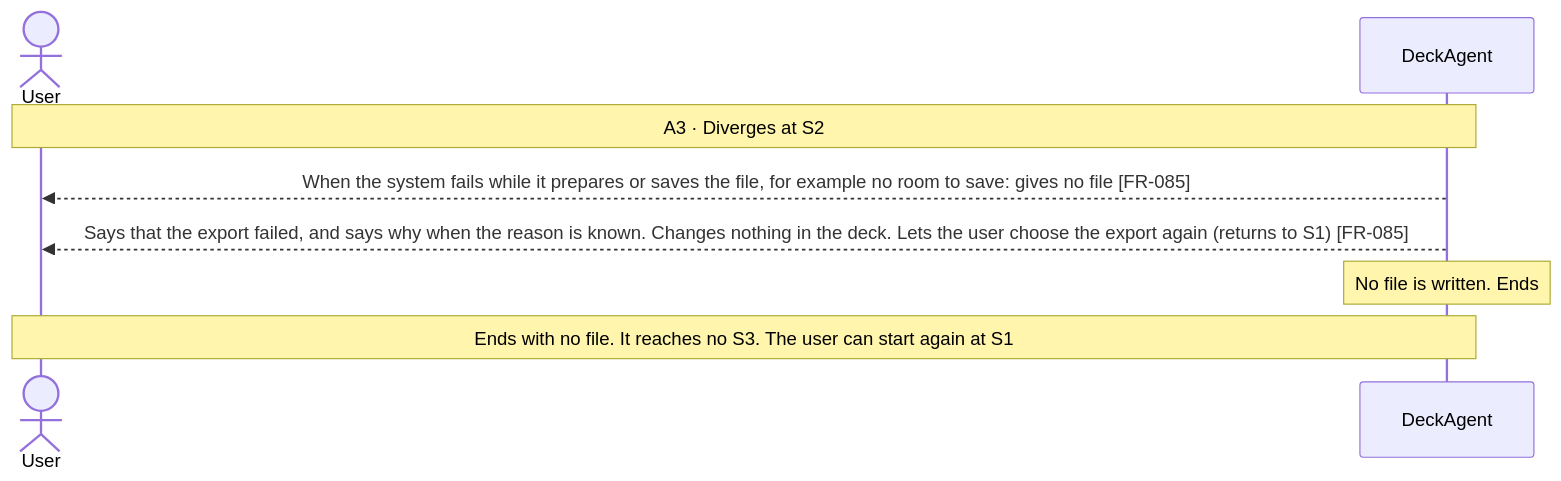
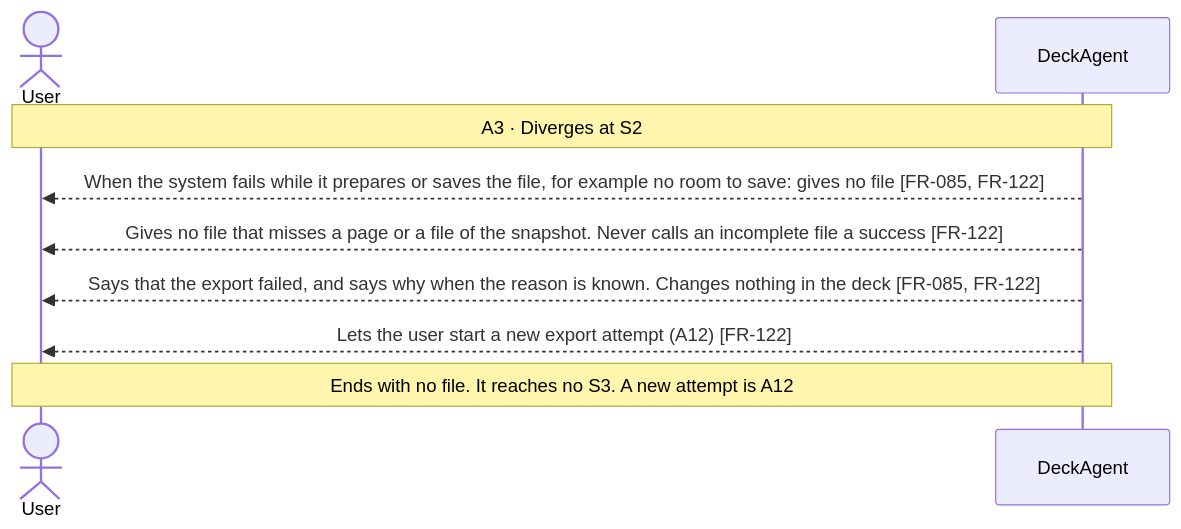
One commit to Luke23127006/DeckAgent changed the third of 11 diagrams in docs/spec/03-use-cases/UC-004.md. Above: the diagram before and after it, drawn with Mermaid. The commit also changed other lines of this file and 25 other files, not shown here.

First line of the commit message:
docs(spec): add generation format confirmation and deck export rules

````diff
--- a/docs/spec/03-use-cases/UC-004.md
+++ b/docs/spec/03-use-cases/UC-004.md
@@ -86,10 +82,11 @@
 ```mermaid
 sequenceDiagram
     actor User
     participant DeckAgent
     Note over User,DeckAgent: A3 · Diverges at S2
-    DeckAgent-->>User: When the system fails while it prepares or saves the file, for example no room to save: gives no file [FR-085]
-    DeckAgent-->>User: Says that the export failed, and says why when the reason is known. Changes nothing in the deck. Lets the user choose the export again (returns to S1) [FR-085]
-    note over DeckAgent: No file is written. Ends
-    Note over User,DeckAgent: Ends with no file. It reaches no S3. The user can start again at S1
+    DeckAgent-->>User: When the system fails while it prepares or saves the file, for example no room to save: gives no file [FR-085, FR-122]
+    DeckAgent-->>User: Gives no file that misses a page or a file of the snapshot. Never calls an incomplete file a success [FR-122]
+    DeckAgent-->>User: Says that the export failed, and says why when the reason is known. Changes nothing in the deck [FR-085, FR-122]
+    DeckAgent-->>User: Lets the user start a new export attempt (A12) [FR-122]
+    Note over User,DeckAgent: Ends with no file. It reaches no S3. A new attempt is A12
 ```
````
